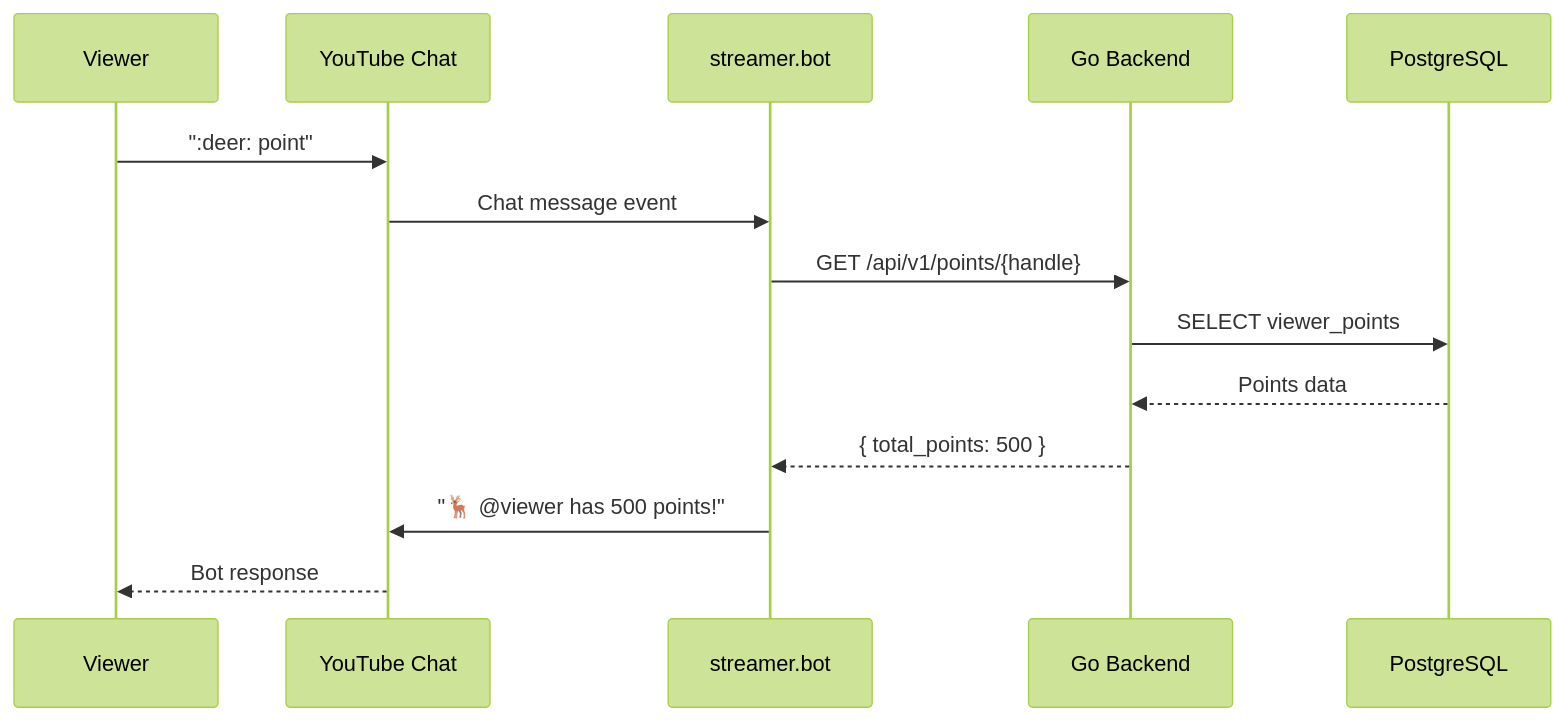
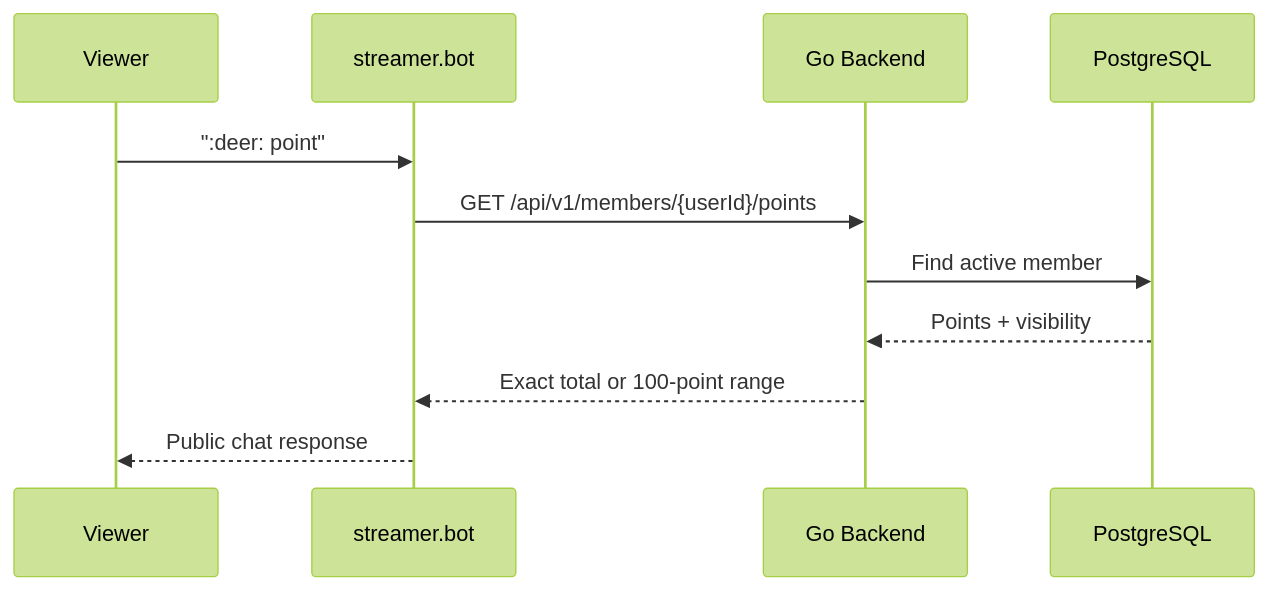
Before and after one commit to oat431/document_template: the fifth of 6 diagrams in external_spec/deerngo_bot/02_design/029_architecture_overview.md, drawn with Mermaid (forest theme). The commit also changed other lines of this file and 32 other files, not shown here.

````diff
--- a/external_spec/deerngo_bot/02_design/029_architecture_overview.md
+++ b/external_spec/deerngo_bot/02_design/029_architecture_overview.md
@@ -129,17 +151,14 @@
 ```mermaid
 sequenceDiagram
     participant V as Viewer
-    participant YT as YouTube Chat
     participant SB as streamer.bot
     participant Go as Go Backend
     participant DB as PostgreSQL
 
-    V->>YT: ":deer: point"
-    YT->>SB: Chat message event
-    SB->>Go: GET /api/v1/points/{handle}
-    Go->>DB: SELECT viewer_points
-    DB-->>Go: Points data
-    Go-->>SB: { total_points: 500 }
-    SB->>YT: "🦌 @viewer has 500 points!"
-    YT-->>V: Bot response
+    V->>SB: ":deer: point"
+    SB->>Go: GET /api/v1/members/{userId}/points
+    Go->>DB: Find active member
+    DB-->>Go: Points + visibility
+    Go-->>SB: Exact total or 100-point range
+    SB-->>V: Public chat response
 ```
````
